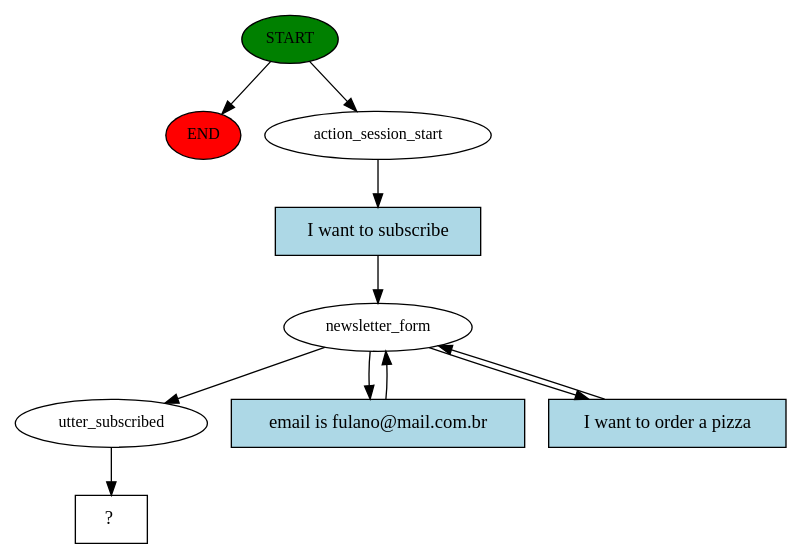
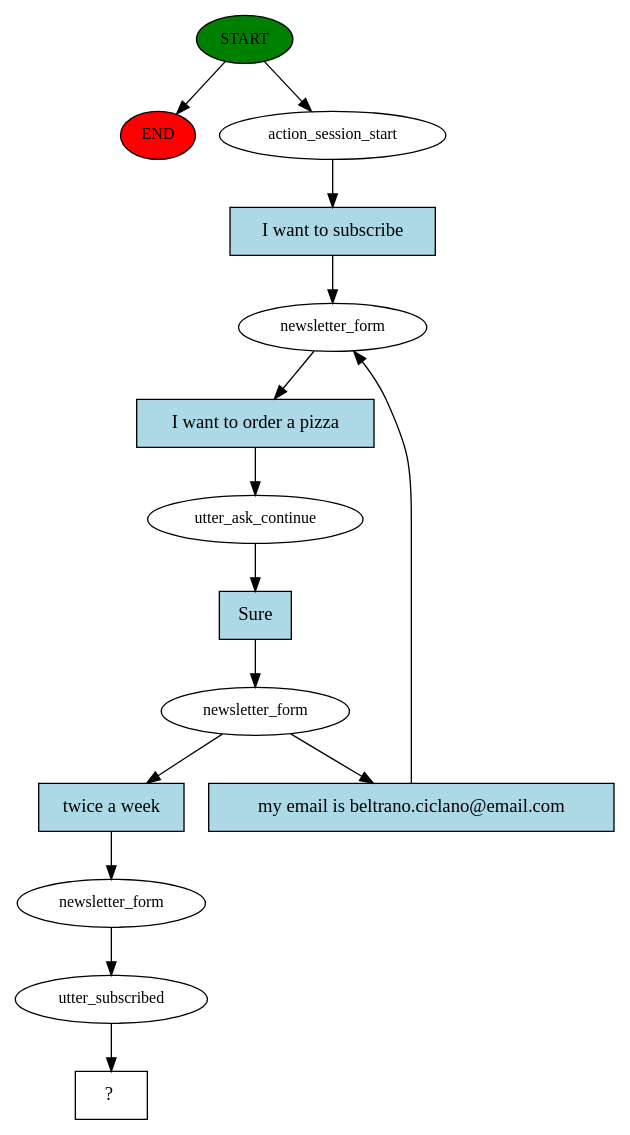
One commit to marcelpsaraiva/rasa-tutorial changed the diagram in story_graph.dot. Above: the diagram before and after it, drawn with Graphviz. The commit also changed 14 other files, not shown here.

```diff
--- a/story_graph.dot
+++ b/story_graph.dot
@@ -1,21 +1,30 @@
 digraph  {
 0 [class="start active", fillcolor=green, fontsize=12, label=START, style=filled];
 "-1" [class=end, fillcolor=red, fontsize=12, label=END, style=filled];
 1 [class=active, fontsize=12, label=action_session_start];
 2 [class=active, fontsize=12, label=newsletter_form];
-5 [class=active, fontsize=12, label=utter_subscribed];
-6 [class="intent dashed active", label="  ?  ", shape=rect];
-7 [class="intent active", fillcolor=lightblue, label="I want to subscribe", shape=rect, style=filled];
-8 [class="intent active", fillcolor=lightblue, label="email is fulano@mail.com.br", shape=rect, style=filled];
-9 [class="intent active", fillcolor=lightblue, label="I want to order a pizza", shape=rect, style=filled];
+3 [class=active, fontsize=12, label=utter_ask_continue];
+4 [class=active, fontsize=12, label=newsletter_form];
+8 [class=active, fontsize=12, label=newsletter_form];
+9 [class=active, fontsize=12, label=utter_subscribed];
+10 [class="intent dashed active", label="  ?  ", shape=rect];
+11 [class="intent active", fillcolor=lightblue, label="I want to subscribe", shape=rect, style=filled];
+12 [class="intent active", fillcolor=lightblue, label="I want to order a pizza", shape=rect, style=filled];
+13 [class="intent active", fillcolor=lightblue, label=Sure, shape=rect, style=filled];
+14 [class="intent active", fillcolor=lightblue, label="my email is beltrano.ciclano@email.com", shape=rect, style=filled];
+15 [class="intent active", fillcolor=lightblue, label="twice a week", shape=rect, style=filled];
 0 -> "-1"  [class="", key=NONE, label=""];
 0 -> 1  [class=active, key=NONE, label=""];
-1 -> 7  [class=active, key=0];
-2 -> 5  [class=active, key=NONE, label=""];
-2 -> 8  [class=active, key=0];
-2 -> 9  [class=active, key=0];
-5 -> 6  [class=active, key=NONE, label=""];
-7 -> 2  [class=active, key=0];
-8 -> 2  [class=active, key=0];
-9 -> 2  [class=active, key=0];
+1 -> 11  [class=active, key=0];
+2 -> 12  [class=active, key=0];
+3 -> 13  [class=active, key=0];
+4 -> 14  [class=active, key=0];
+4 -> 15  [class=active, key=0];
+8 -> 9  [class=active, key=NONE, label=""];
+9 -> 10  [class=active, key=NONE, label=""];
+11 -> 2  [class=active, key=0];
+12 -> 3  [class=active, key=0];
+13 -> 4  [class=active, key=0];
+14 -> 2  [class=active, key=0];
+15 -> 8  [class=active, key=0];
 }
```
